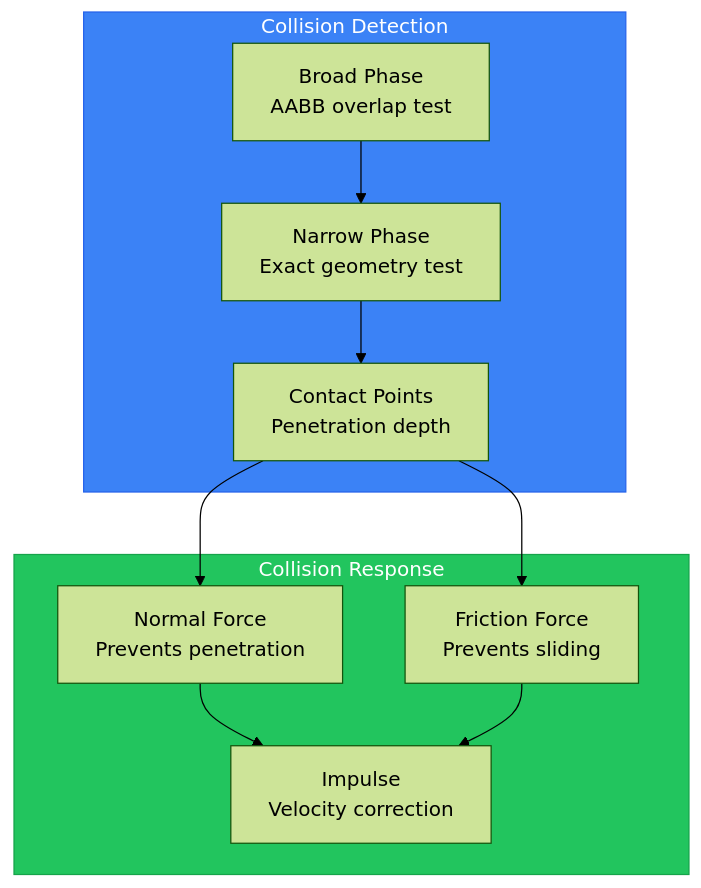
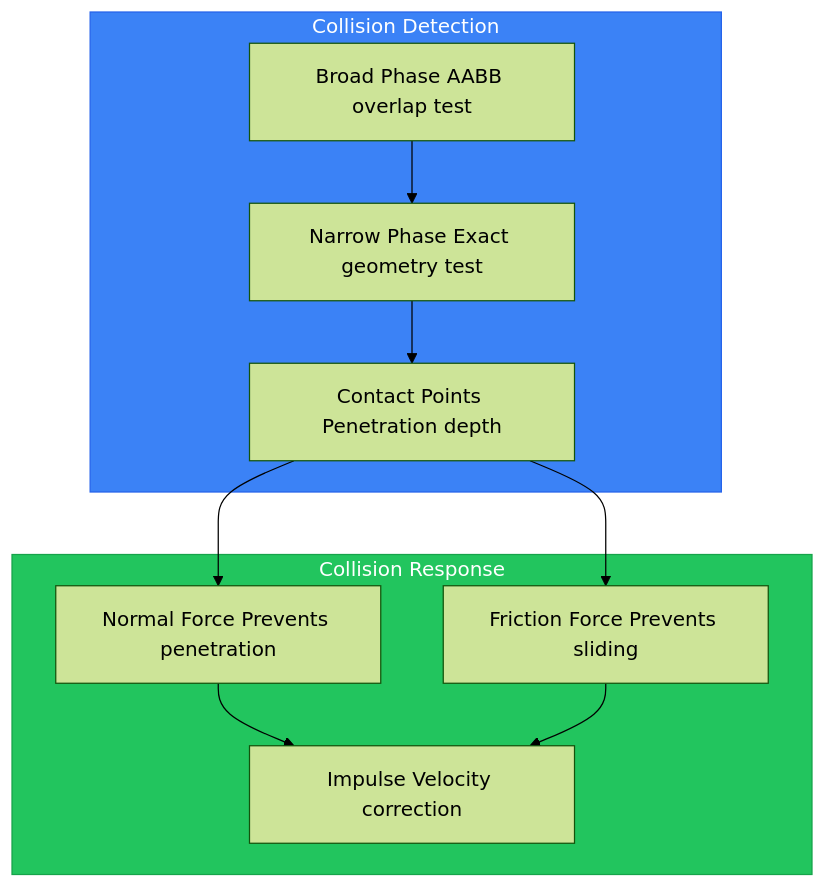
One commit to shakir-hussain1/physical-AI-and-humanoid-robotics-textbook-by-shakir-hussain changed the fifth of 5 diagrams in docs/modules/module-2-digital-twin/chapter-06-gazebo.md. Above: the diagram before and after it, drawn with Mermaid (forest theme). The commit also changed other lines of this file and 17 other files, not shown here.

Commit message:
fix: Remove br tags from Mermaid diagrams causing parse errors

````diff
--- a/docs/modules/module-2-digital-twin/chapter-06-gazebo.md
+++ b/docs/modules/module-2-digital-twin/chapter-06-gazebo.md
@@ -554,24 +554,24 @@
 ```mermaid
 flowchart TD
     subgraph Detection["Collision Detection"]
-        BROAD[Broad Phase<br/>AABB overlap test]
-        NARROW[Narrow Phase<br/>Exact geometry test]
-        CONTACT[Contact Points<br/>Penetration depth]
+        BROAD[Broad Phase AABB overlap test]
+        NARROW[Narrow Phase Exact geometry test]
+        CONTACT[Contact Points Penetration depth]
     end
 
     subgraph Response["Collision Response"]
-        NORMAL[Normal Force<br/>Prevents penetration]
-        FRICTION[Friction Force<br/>Prevents sliding]
-        IMPULSE[Impulse<br/>Velocity correction]
+        NORMAL[Normal Force Prevents penetration]
+        FRICTION[Friction Force Prevents sliding]
+        IMPULSE[Impulse Velocity correction]
     end
 
     BROAD --> NARROW
     NARROW --> CONTACT
     CONTACT --> NORMAL
     CONTACT --> FRICTION
     NORMAL --> IMPULSE
     FRICTION --> IMPULSE
 
     style Detection fill:#3b82f6,stroke:#2563eb,color:#fff
     style Response fill:#22c55e,stroke:#16a34a,color:#fff
 ```
````
